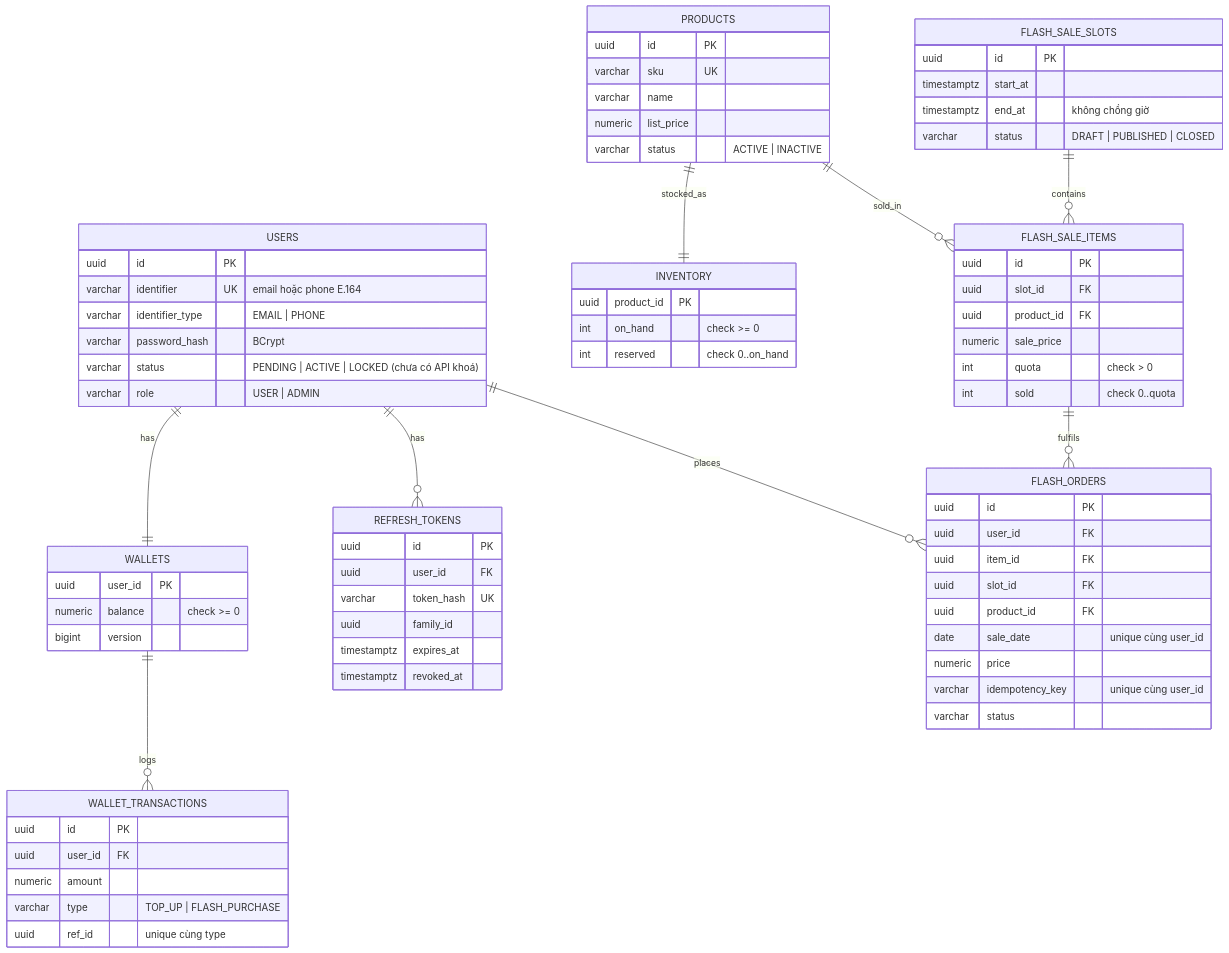
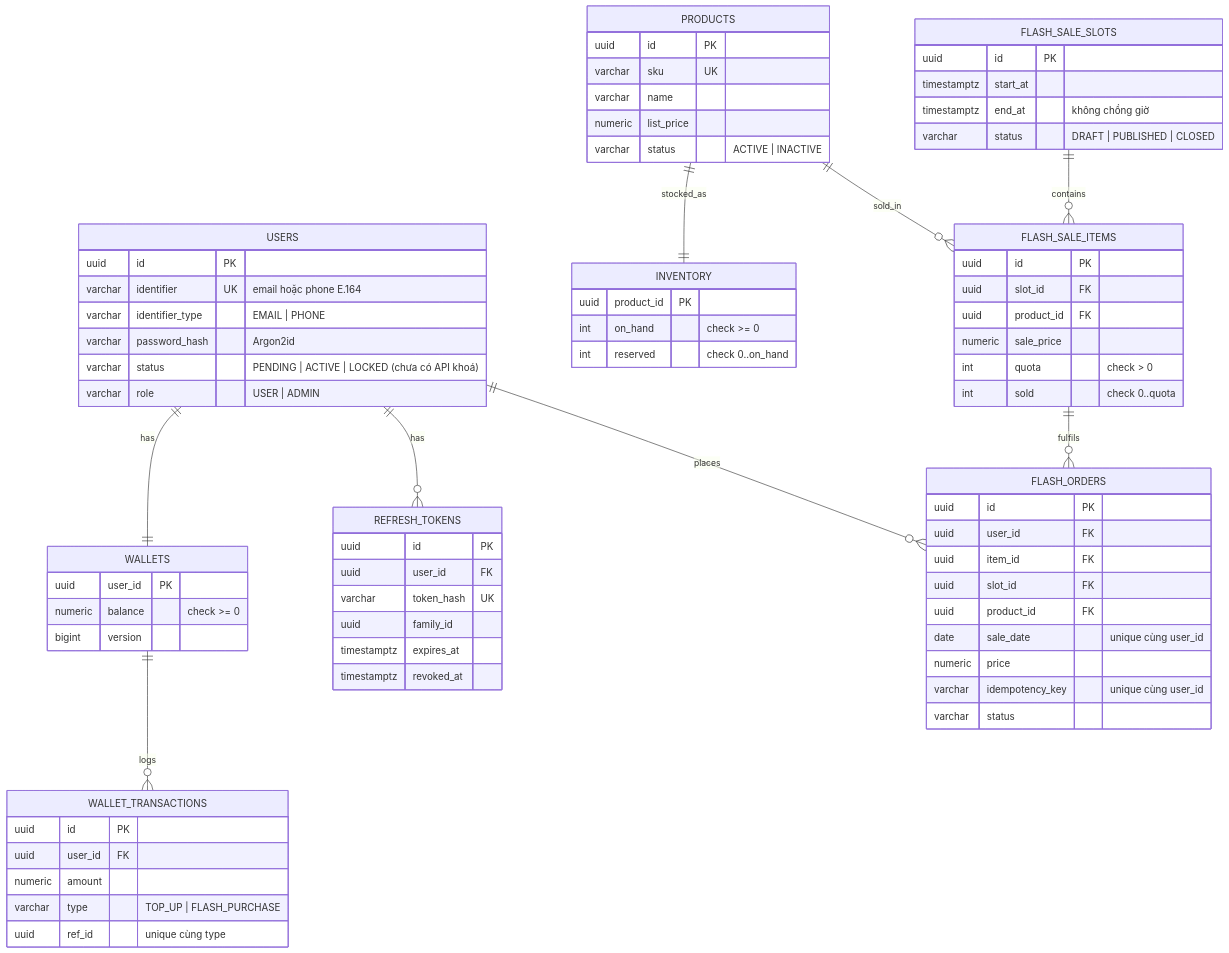
One commit to lebronjamesbe01-dev/flashsale-service changed the fourth of 14 diagrams in docs/system-design.md. Above: the diagram before and after it, drawn with Mermaid. The commit also changed other lines of this file and 11 other files, not shown here.

Commit message:
feat(auth): hash passwords with Argon2id, upgrade legacy BCrypt on login

````diff
--- a/docs/system-design.md
+++ b/docs/system-design.md
@@ -79,77 +79,77 @@
 ```mermaid
 erDiagram
     USERS ||--|| WALLETS : has
     USERS ||--o{ REFRESH_TOKENS : has
     USERS ||--o{ FLASH_ORDERS : places
     WALLETS ||--o{ WALLET_TRANSACTIONS : logs
     PRODUCTS ||--|| INVENTORY : stocked_as
     PRODUCTS ||--o{ FLASH_SALE_ITEMS : sold_in
     FLASH_SALE_SLOTS ||--o{ FLASH_SALE_ITEMS : contains
     FLASH_SALE_ITEMS ||--o{ FLASH_ORDERS : fulfils
 
     USERS {
         uuid id PK
         varchar identifier UK "email hoặc phone E.164"
         varchar identifier_type "EMAIL | PHONE"
-        varchar password_hash "BCrypt"
+        varchar password_hash "Argon2id"
         varchar status "PENDING | ACTIVE | LOCKED (chưa có API khoá)"
         varchar role "USER | ADMIN"
     }
     WALLETS {
         uuid user_id PK
         numeric balance "check >= 0"
         bigint version
     }
     WALLET_TRANSACTIONS {
         uuid id PK
         uuid user_id FK
         numeric amount
         varchar type "TOP_UP | FLASH_PURCHASE"
         uuid ref_id "unique cùng type"
     }
     REFRESH_TOKENS {
         uuid id PK
         uuid user_id FK
         varchar token_hash UK
         uuid family_id
         timestamptz expires_at
         timestamptz revoked_at
     }
     PRODUCTS {
         uuid id PK
         varchar sku UK
         varchar name
         numeric list_price
         varchar status "ACTIVE | INACTIVE"
     }
     INVENTORY {
         uuid product_id PK
         int on_hand "check >= 0"
         int reserved "check 0..on_hand"
     }
     FLASH_SALE_SLOTS {
         uuid id PK
         timestamptz start_at
         timestamptz end_at "không chồng giờ"
         varchar status "DRAFT | PUBLISHED | CLOSED"
     }
     FLASH_SALE_ITEMS {
         uuid id PK
         uuid slot_id FK
         uuid product_id FK
         numeric sale_price
         int quota "check > 0"
         int sold "check 0..quota"
     }
     FLASH_ORDERS {
         uuid id PK
         uuid user_id FK
         uuid item_id FK
         uuid slot_id FK
         uuid product_id FK
         date sale_date "unique cùng user_id"
         numeric price
         varchar idempotency_key "unique cùng user_id"
         varchar status
     }
 ```
````
